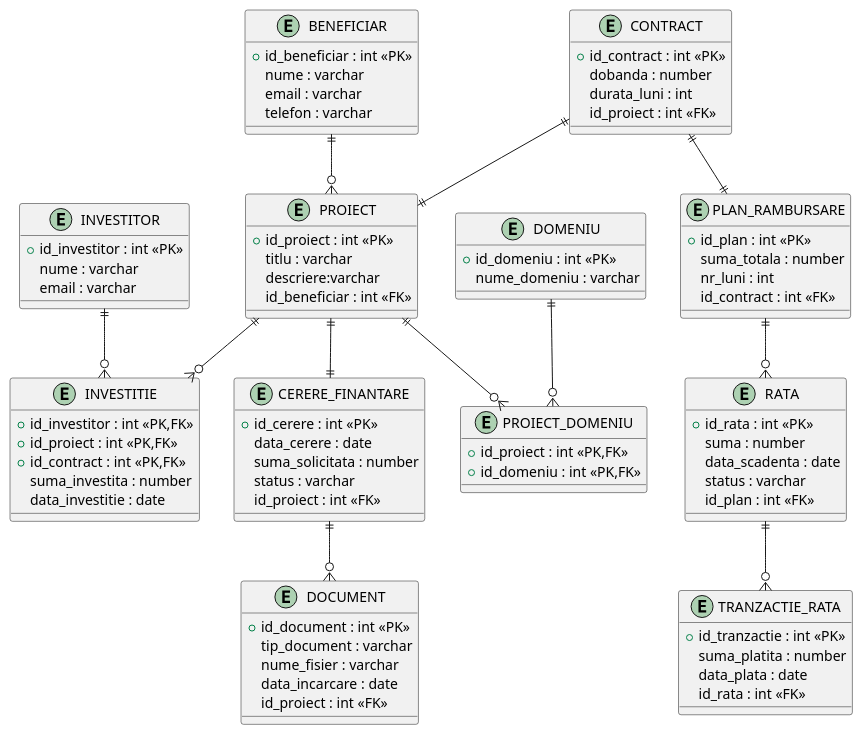
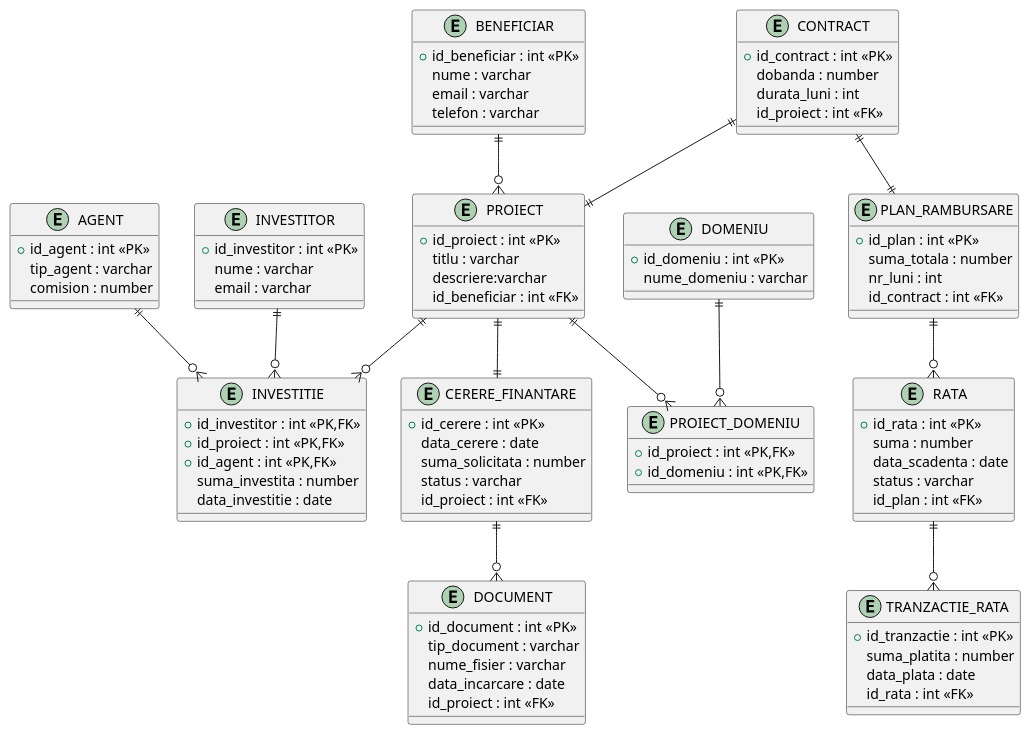
The diagram in conceptual.puml (Andreea2505/Platfforma-Microfinantare), drawn with PlantUML before and after one commit.

```diff
--- a/conceptual.puml
+++ b/conceptual.puml
@@ -1,101 +1,108 @@
 @startuml microfinantare
 entity BENEFICIAR {
   +id_beneficiar : int <<PK>>
   nume : varchar
   email : varchar
   telefon : varchar
 }
 
 entity INVESTITOR {
   +id_investitor : int <<PK>>
   nume : varchar
   email : varchar
   
 }
 
 entity PROIECT {
   +id_proiect : int <<PK>>
   titlu : varchar
   descriere:varchar
   id_beneficiar : int <<FK>>
 }
 
 entity CERERE_FINANTARE {
   +id_cerere : int <<PK>>
   data_cerere : date
   suma_solicitata : number
   status : varchar
   id_proiect : int <<FK>>
 }
 
 entity CONTRACT {
   +id_contract : int <<PK>>
   dobanda : number
   durata_luni : int
   id_proiect : int <<FK>>
 }
 
 entity INVESTITIE {
   +id_investitor : int <<PK,FK>>
   +id_proiect : int <<PK,FK>>
-  +id_contract : int <<PK,FK>>
+  +id_agent : int <<PK,FK>>
   suma_investita : number
   data_investitie : date
 }
 
 entity PLAN_RAMBURSARE {
   +id_plan : int <<PK>>
   suma_totala : number
   nr_luni : int
   id_contract : int <<FK>>
 }
 
 entity RATA {
   +id_rata : int <<PK>>
   suma : number
   data_scadenta : date
   status : varchar
   id_plan : int <<FK>>
 }
 
 
 entity DOMENIU {
   +id_domeniu : int <<PK>>
   nume_domeniu : varchar
 }
 
 entity PROIECT_DOMENIU {
   +id_proiect : int <<PK,FK>>
   +id_domeniu : int <<PK,FK>>
 }
 entity TRANZACTIE_RATA {
   +id_tranzactie : int <<PK>>
   suma_platita : number
   data_plata : date
   id_rata : int <<FK>>
 }
 
 entity DOCUMENT {
   +id_document : int <<PK>>
   tip_document : varchar
   nume_fisier : varchar
   data_incarcare : date
   id_proiect : int <<FK>>
 }
+entity AGENT {
+  +id_agent : int <<PK>>
+  tip_agent : varchar
+  comision : number
+  
+}
 BENEFICIAR ||--o{ PROIECT
 PROIECT ||--|| CERERE_FINANTARE
 
 INVESTITOR ||--o{ INVESTITIE
 PROIECT ||--o{ INVESTITIE
 
 CONTRACT ||--|| PLAN_RAMBURSARE
 CONTRACT ||--|| PROIECT
 PLAN_RAMBURSARE ||--o{ RATA
 
 PROIECT ||--o{ PROIECT_DOMENIU
 DOMENIU ||--o{ PROIECT_DOMENIU
 
 RATA ||--o{ TRANZACTIE_RATA
 CERERE_FINANTARE ||--o{ DOCUMENT
+AGENT ||--o{ INVESTITIE
 
 @enduml
```
